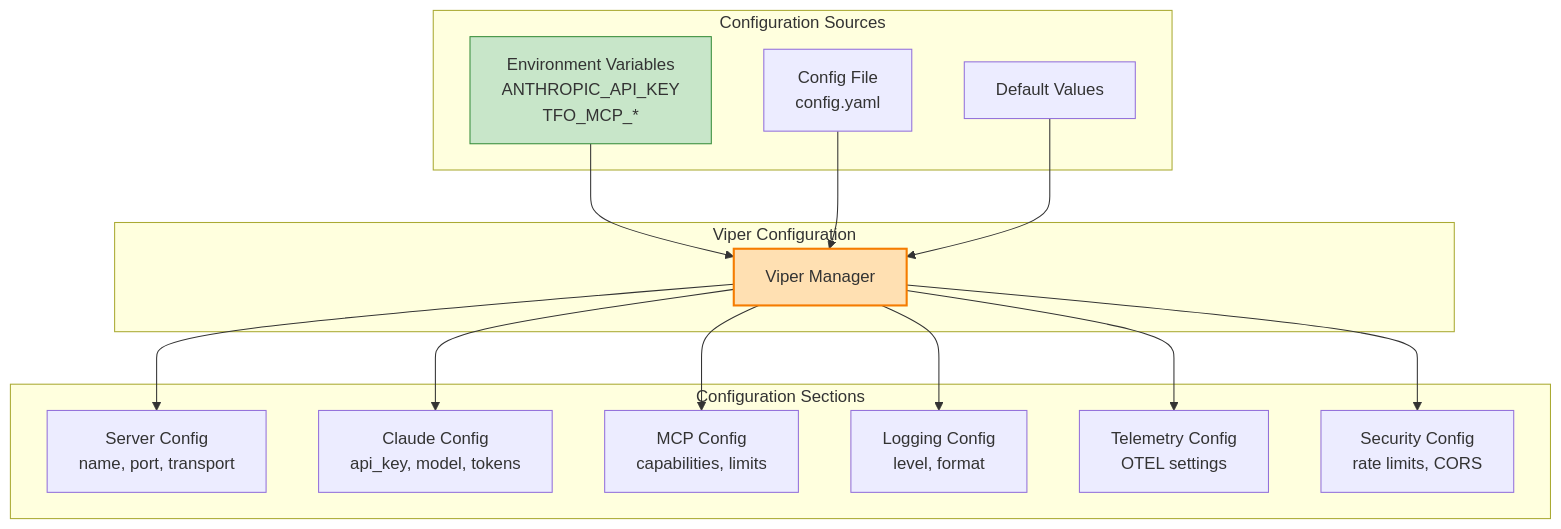
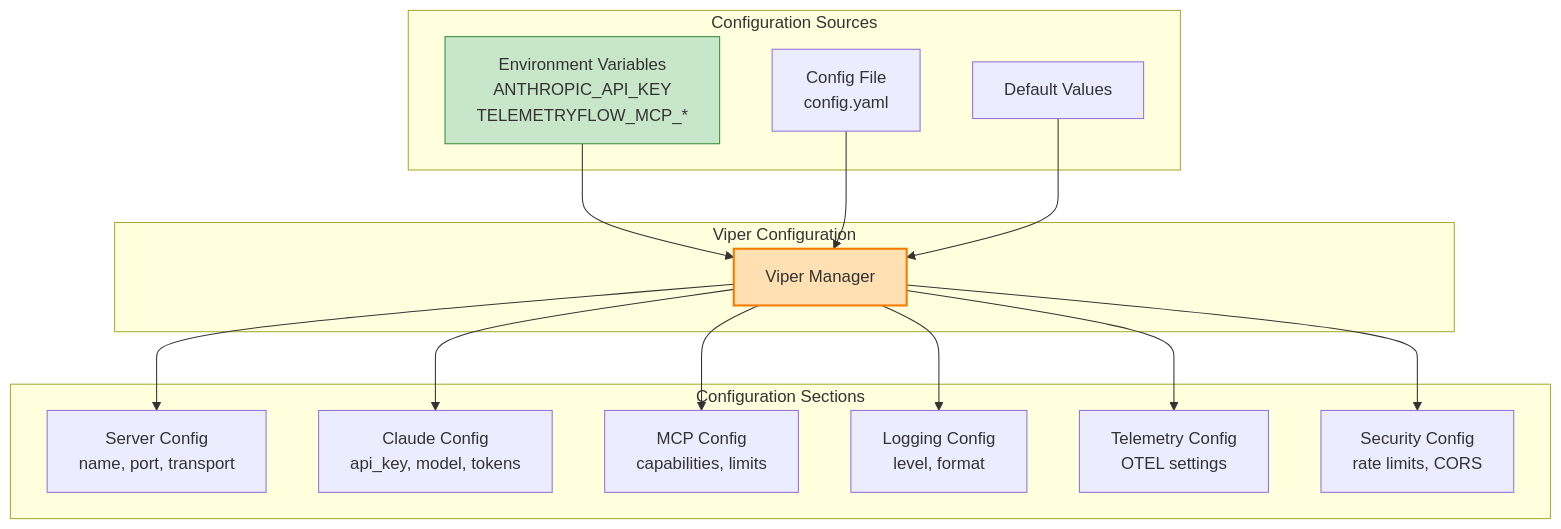
The ninth of 11 diagrams in README.md (telemetryflow/telemetryflow-go-mcp), drawn with Mermaid before and after one commit. The commit also changed other lines of this file and 65 other files, not shown here.

````diff
--- a/README.md
+++ b/README.md
@@ -492,35 +492,35 @@
 ```mermaid
 graph TD
     subgraph "Configuration Sources"
-        ENV[Environment Variables<br/>ANTHROPIC_API_KEY<br/>TFO_MCP_*]
+        ENV[Environment Variables<br/>ANTHROPIC_API_KEY<br/>TELEMETRYFLOW_MCP_*]
         FILE[Config File<br/>config.yaml]
         DEFAULT[Default Values]
     end
 
     subgraph "Viper Configuration"
         VIPER[Viper Manager]
     end
 
     subgraph "Configuration Sections"
         SRV[Server Config<br/>name, port, transport]
         CLAUDE[Claude Config<br/>api_key, model, tokens]
         MCP_CFG[MCP Config<br/>capabilities, limits]
         LOG[Logging Config<br/>level, format]
         TEL[Telemetry Config<br/>OTEL settings]
         SEC[Security Config<br/>rate limits, CORS]
     end
 
     ENV --> VIPER
     FILE --> VIPER
     DEFAULT --> VIPER
 
     VIPER --> SRV
     VIPER --> CLAUDE
     VIPER --> MCP_CFG
     VIPER --> LOG
     VIPER --> TEL
     VIPER --> SEC
 
     style VIPER fill:#FFE0B2,stroke:#F57C00,stroke-width:2px
     style ENV fill:#C8E6C9,stroke:#388E3C
 ```
````
